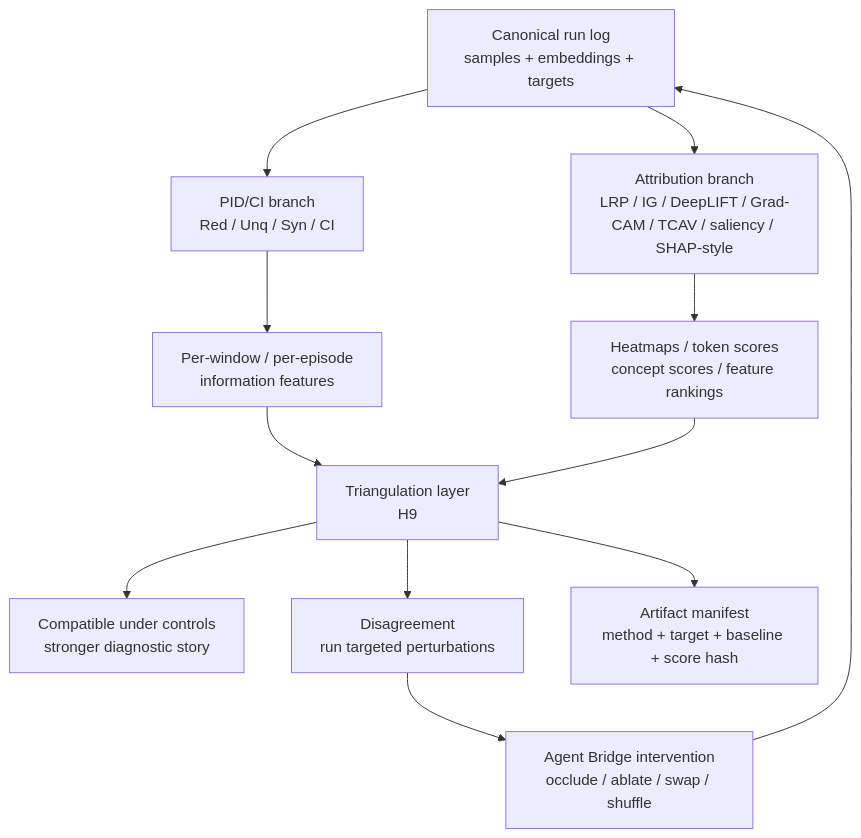
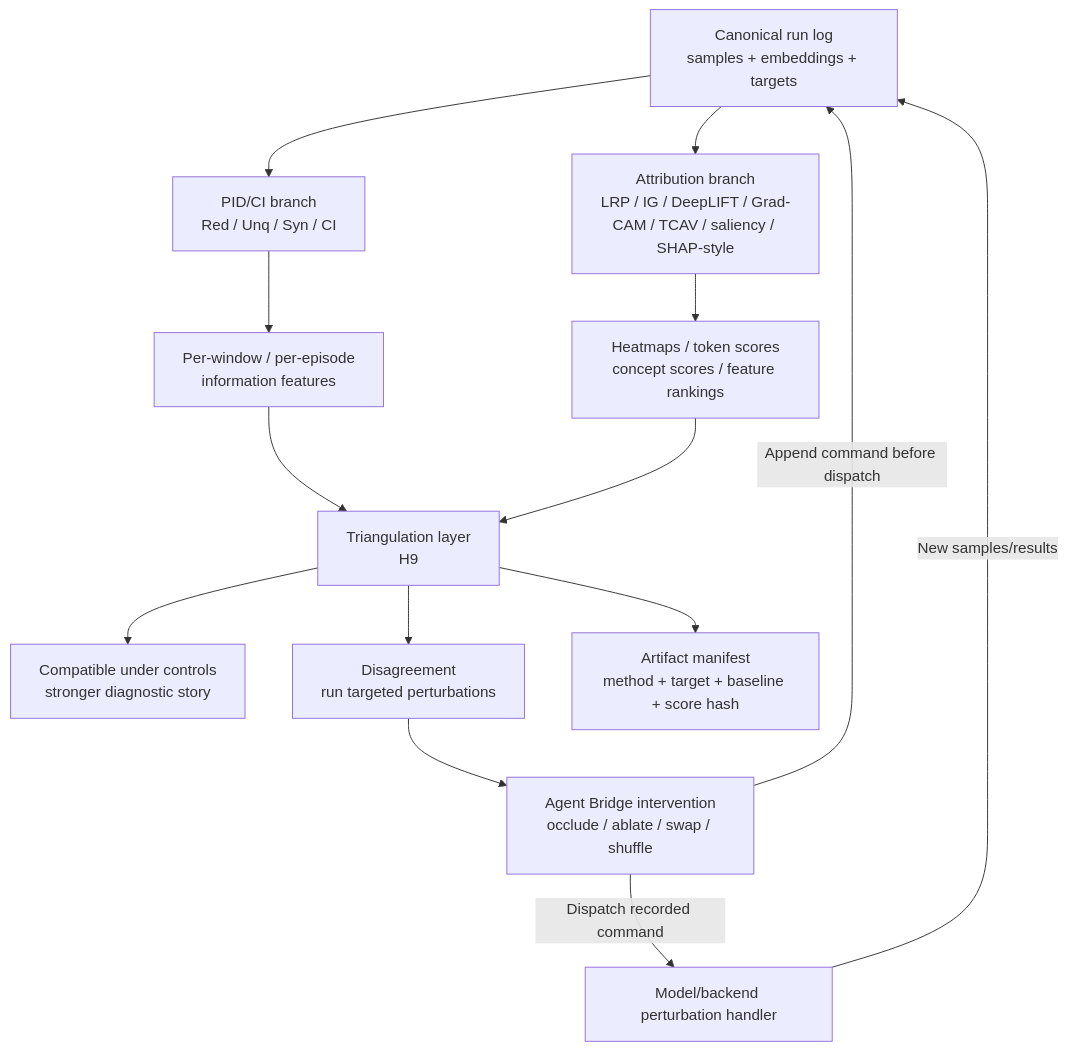
Before and after one commit to sepahead/prisoma: diagram 18 of 18 in DIAGRAMS.md, drawn with Mermaid. The commit also changed other lines of this file and 20 other files, not shown here.

````diff
--- a/DIAGRAMS.md
+++ b/DIAGRAMS.md
@@ -625,18 +657,20 @@
 ```mermaid
 graph TB
     Run[Canonical run log\nsamples + embeddings + targets] --> PID[PID/CI branch\nRed / Unq / Syn / CI]
     Run --> Attr[Attribution branch\nLRP / IG / DeepLIFT / Grad-CAM / TCAV / saliency / SHAP-style]
 
     PID --> PFeat[Per-window / per-episode\ninformation features]
     Attr --> AFeat[Heatmaps / token scores\nconcept scores / feature rankings]
 
     PFeat --> Compare[Triangulation layer\nH9]
     AFeat --> Compare
 
     Compare --> Agree[Compatible under controls\nstronger diagnostic story]
     Compare --> Disagree[Disagreement\nrun targeted perturbations]
     Disagree --> Intervene[Agent Bridge intervention\nocclude / ablate / swap / shuffle]
-    Intervene --> Run
+    Intervene -->|Append command before dispatch| Run
+    Intervene -->|Dispatch recorded command| Target[Model/backend perturbation handler]
+    Target -->|New samples/results| Run
 
     Compare --> Log[Artifact manifest\nmethod + target + baseline + score hash]
 ```
````
